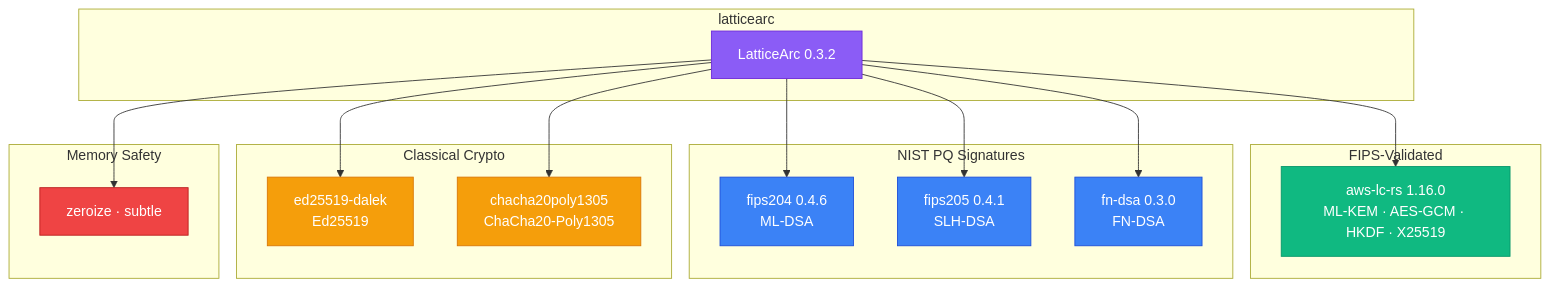
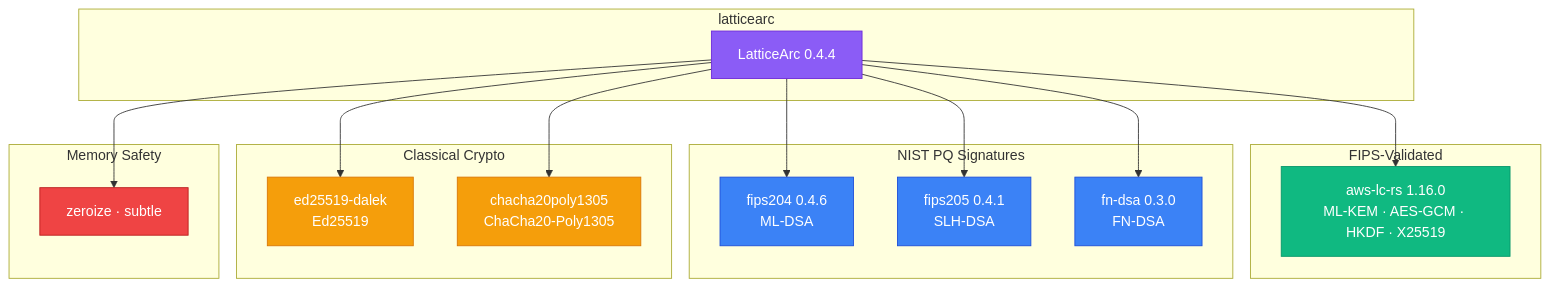
Before and after one commit to LatticeArc/latticearc: the diagram in docs/DEPENDENCY_JUSTIFICATION.md, drawn with Mermaid. The commit also changed other lines of this file and 10 other files, not shown here.

````diff
--- a/docs/DEPENDENCY_JUSTIFICATION.md
+++ b/docs/DEPENDENCY_JUSTIFICATION.md
@@ -12,45 +12,45 @@
 ```mermaid
 flowchart TB
     subgraph "latticearc"
-        LA[LatticeArc 0.3.2]
+        LA[LatticeArc 0.4.4]
     end
 
     subgraph "FIPS-Validated"
         AWSLC["aws-lc-rs 1.16.0\nML-KEM · AES-GCM · HKDF · X25519"]
     end
 
     subgraph "NIST PQ Signatures"
         F204["fips204 0.4.6\nML-DSA"]
         F205["fips205 0.4.1\nSLH-DSA"]
         FNDSA["fn-dsa 0.3.0\nFN-DSA"]
     end
 
     subgraph "Classical Crypto"
         DALEK["ed25519-dalek\nEd25519"]
         CHA["chacha20poly1305\nChaCha20-Poly1305"]
     end
 
     subgraph "Memory Safety"
         ZERO["zeroize · subtle"]
     end
 
     LA --> AWSLC
     LA --> F204
     LA --> F205
     LA --> FNDSA
     LA --> DALEK
     LA --> CHA
     LA --> ZERO
 
     classDef main fill:#8b5cf6,stroke:#6d28d9,color:#fff
     classDef fips fill:#10b981,stroke:#059669,color:#fff
     classDef nist fill:#3b82f6,stroke:#1d4ed8,color:#fff
     classDef cl fill:#f59e0b,stroke:#d97706,color:#fff
     classDef safety fill:#ef4444,stroke:#b91c1c,color:#fff
 
     class LA main
     class AWSLC fips
     class F204,F205,FNDSA nist
     class DALEK,CHA cl
     class ZERO safety
 ```
````
